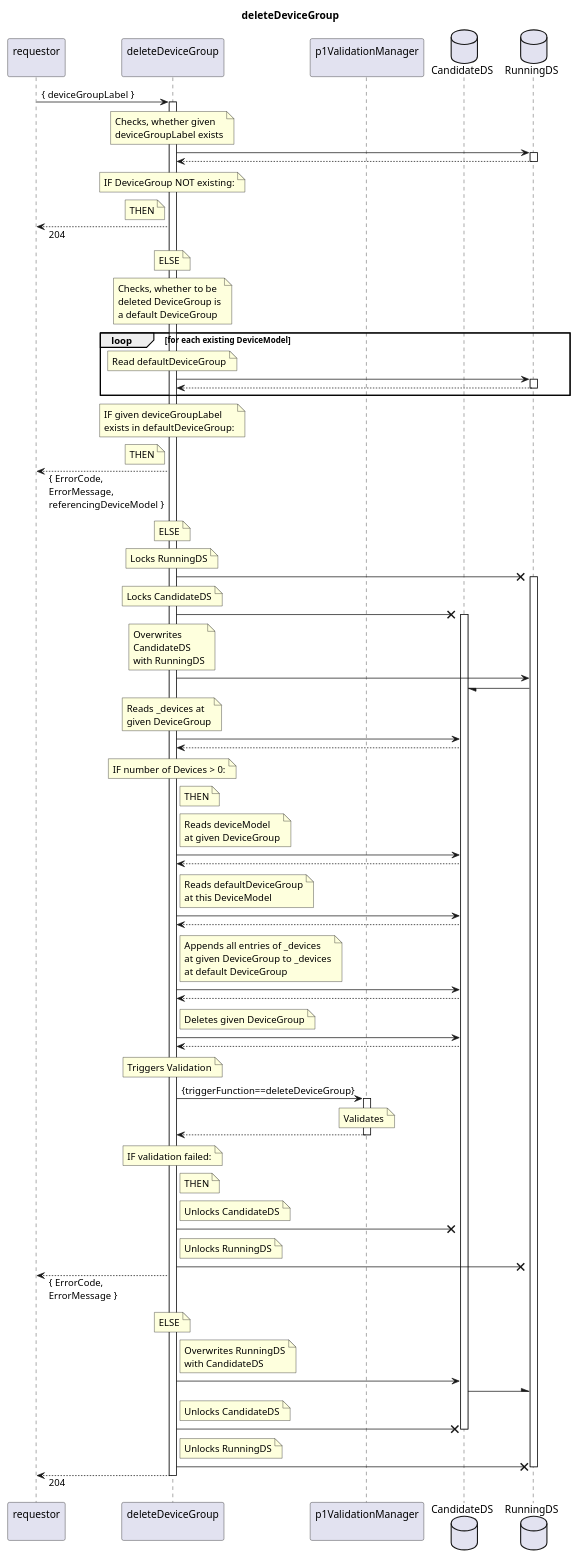
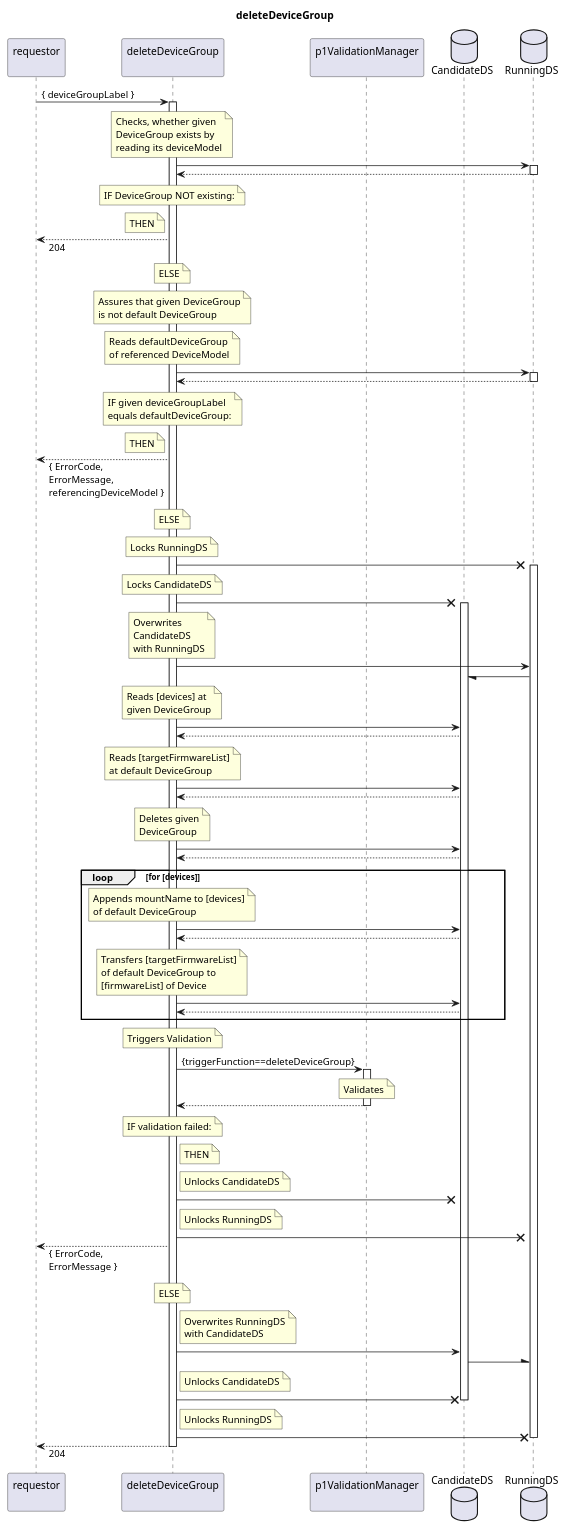
The diagram in spec/Services/deleteDeviceGroup/1.0.0/deleteDeviceGroup.plantuml (openBackhaul/FirmWareManager), drawn with PlantUML before and after one commit. The commit also changed 11 other files, not shown here.

```diff
--- a/spec/Services/deleteDeviceGroup/1.0.0/deleteDeviceGroup.plantuml
+++ b/spec/Services/deleteDeviceGroup/1.0.0/deleteDeviceGroup.plantuml
@@ -1,168 +1,167 @@
 @startuml deleteDeviceGroup
 skinparam responseMessageBelowArrow true
 
 title
   deleteDeviceGroup
 end title
 
 participant "requestor\n" as requestor
 participant "deleteDeviceGroup\n" as indServ
 participant "p1ValidationManager\n" as valiMan
 database "CandidateDS" as CanDS
 database "RunningDS" as RunDS
 
 requestor -> indServ: { deviceGroupLabel }
 activate indServ
 
   note over indServ
     Checks, whether given
-    deviceGroupLabel exists
+    DeviceGroup exists by
+    reading its deviceModel
   end note
   indServ -> RunDS
   activate RunDS
   indServ <-- RunDS
   deactivate RunDS
   note over indServ
     IF DeviceGroup NOT existing:
   end note
   note left indServ
     THEN
   end note
   requestor <-- indServ: 204
   note over indServ
     ELSE
   end note
 
   note over indServ
-    Checks, whether to be
-    deleted DeviceGroup is
-    a default DeviceGroup
+    Assures that given DeviceGroup
+    is not default DeviceGroup
   end note
-  loop for each existing DeviceModel
-    note over indServ
-      Read defaultDeviceGroup
-    end note  
-    indServ -> RunDS
-    activate RunDS
-    indServ <-- RunDS
-    deactivate RunDS
-  end loop
+  note over indServ
+    Reads defaultDeviceGroup
+    of referenced DeviceModel
+  end note  
+  indServ -> RunDS
+  activate RunDS
+  indServ <-- RunDS
+  deactivate RunDS
   note over indServ
     IF given deviceGroupLabel
-    exists in defaultDeviceGroup:
+    equals defaultDeviceGroup:
   end note
   note left indServ
     THEN
   end note
   requestor <-- indServ: { ErrorCode,\nErrorMessage,\nreferencingDeviceModel }
   note over indServ
     ELSE
   end note
 
   note over indServ
     Locks RunningDS
   end note
   indServ -X RunDS
   activate RunDS
   note over indServ
     Locks CandidateDS
   end note
   indServ -X CanDS
   activate CanDS
   note over indServ
     Overwrites
     CandidateDS
     with RunningDS
   end note
   indServ -> RunDS
   RunDS -/ CanDS
 
   note over indServ
-    Reads _devices at
+    Reads [devices] at
     given DeviceGroup
   end note
   indServ -> CanDS
   indServ <-- CanDS
+
   note over indServ
-    IF number of Devices > 0:
-  end note
-  note right indServ
-    THEN
-  end note
-  note right indServ
-    Reads deviceModel
-    at given DeviceGroup
-  end note
-  indServ -> CanDS
-  indServ <-- CanDS
-  note right indServ
-    Reads defaultDeviceGroup
-    at this DeviceModel
-  end note
-  indServ -> CanDS
-  indServ <-- CanDS
-  note right indServ
-    Appends all entries of _devices
-    at given DeviceGroup to _devices
+    Reads [targetFirmwareList]
     at default DeviceGroup
   end note
   indServ -> CanDS
   indServ <-- CanDS
 
-  note right indServ
-    Deletes given DeviceGroup
+  note over indServ
+    Deletes given
+    DeviceGroup
   end note
   indServ -> CanDS
   indServ <-- CanDS
+
+  loop for [devices]
+    note over indServ
+      Appends mountName to [devices]
+      of default DeviceGroup
+    end note
+    indServ -> CanDS
+    indServ <-- CanDS
+
+    note over indServ
+      Transfers [targetFirmwareList]
+      of default DeviceGroup to
+      [firmwareList] of Device
+    end note
+    indServ -> CanDS
+    indServ <-- CanDS
+  end loop
 
   note over indServ
     Triggers Validation
   end note
   indServ -> valiMan: {triggerFunction==deleteDeviceGroup}
   activate valiMan
     note over valiMan
       Validates
     end note
   indServ <-- valiMan
   deactivate valiMan
   note over indServ
     IF validation failed:
   end note
   note right indServ
     THEN
   end note
   note right indServ
     Unlocks CandidateDS
   end note
   indServ -X CanDS
   note right indServ
     Unlocks RunningDS
   end note
   indServ -X RunDS
   requestor <-- indServ: { ErrorCode,\nErrorMessage }
   note over indServ
     ELSE
   end note
 
   note right indServ
     Overwrites RunningDS
     with CandidateDS
   end note
   indServ -> CanDS
   CanDS -\ RunDS
   note right indServ
     Unlocks CandidateDS
   end note
   indServ -X CanDS
   deactivate CanDS
   note right indServ
     Unlocks RunningDS
   end note
   indServ -X RunDS
   deactivate RunDS
 
   requestor <-- indServ: 204
 
 deactivate indServ
 
 @enduml
```
